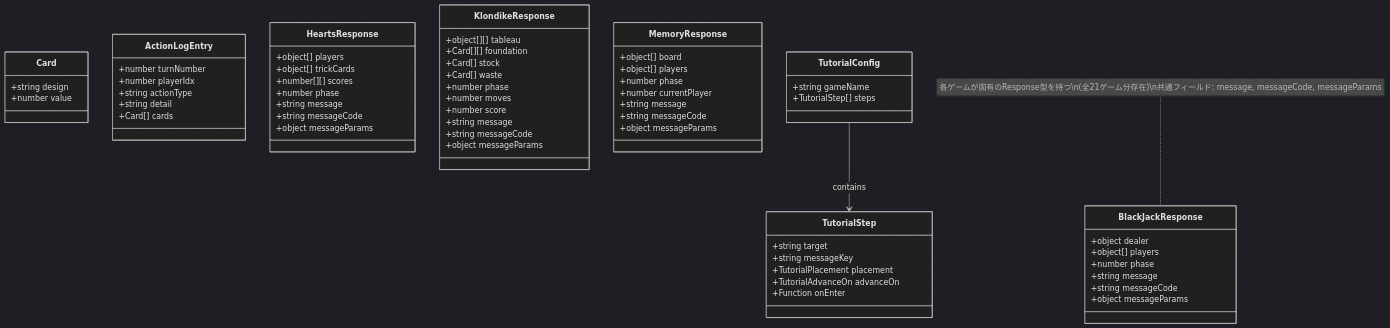
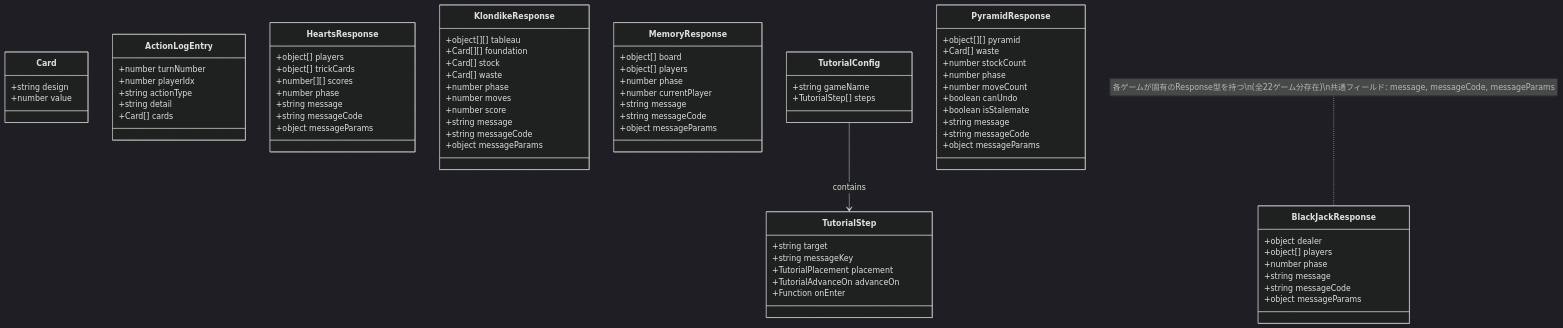
One commit to yuta-yoshinaga/go_trumpcards changed the first of 18 diagrams in docs/design/frontend.md. Above: the diagram before and after it, drawn with Mermaid (dark theme). The commit also changed other lines of this file and 51 other files, not shown here.

````diff
--- a/docs/design/frontend.md
+++ b/docs/design/frontend.md
@@ -103,5 +103,18 @@
 
     TutorialConfig --> TutorialStep : contains
 
-    note for BlackJackResponse "各ゲームが固有のResponse型を持つ\n(全21ゲーム分存在)\n共通フィールド: message, messageCode, messageParams"
+    class PyramidResponse {
+        +object[][] pyramid
+        +Card[] waste
+        +number stockCount
+        +number phase
+        +number moveCount
+        +boolean canUndo
+        +boolean isStalemate
+        +string message
+        +string messageCode
+        +object messageParams
+    }
+
+    note for BlackJackResponse "各ゲームが固有のResponse型を持つ\n(全22ゲーム分存在)\n共通フィールド: message, messageCode, messageParams"
 ```
````
